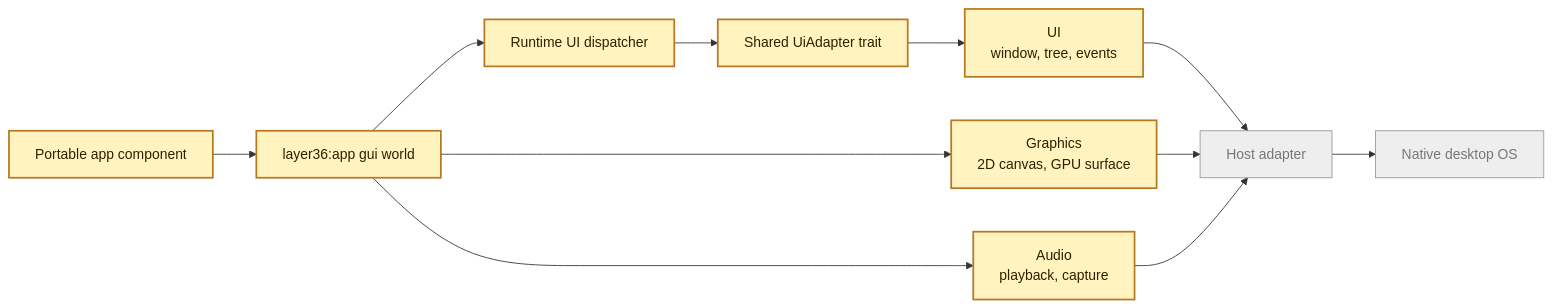
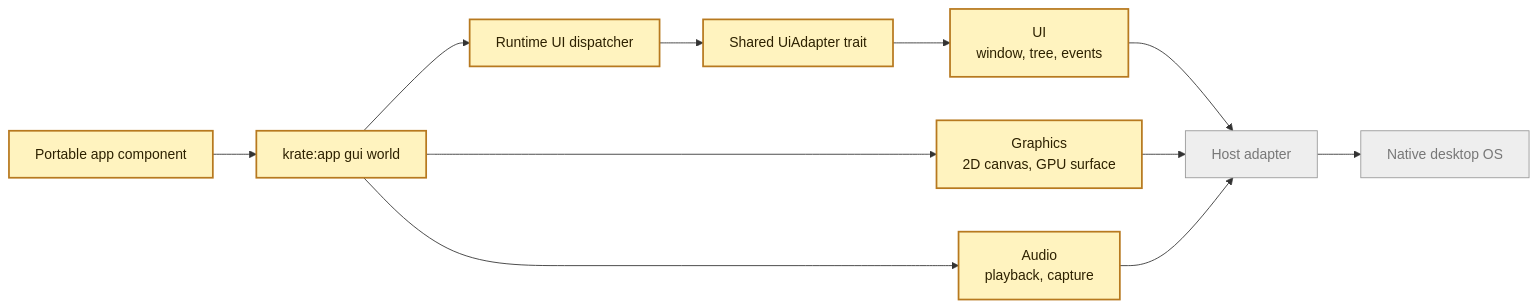
Before and after one commit to incyashraj/krate: the diagram in docs/book/src/phase3/uapi-draft.md, drawn with Mermaid. The commit also changed other lines of this file and 342 other files, not shown here.

First line of the commit message:
feat!: rename Layer36 to Krate across the entire system (A9 Phase B)

````diff
--- a/docs/book/src/phase3/uapi-draft.md
+++ b/docs/book/src/phase3/uapi-draft.md
@@ -11,21 +11,21 @@
 ```mermaid
 flowchart LR
-    APP["Portable app component"] --> GUI["layer36:app gui world"]
+    APP["Portable app component"] --> GUI["krate:app gui world"]
     GUI --> UDISP["Runtime UI dispatcher"]
     UDISP --> ADAPTER["Shared UiAdapter trait"]
     ADAPTER --> UI["UI<br/>window, tree, events"]
     GUI --> GFX["Graphics<br/>2D canvas, GPU surface"]
     GUI --> AUD["Audio<br/>playback, capture"]
     UI --> HOST["Host adapter"]
     GFX --> HOST
     AUD --> HOST
     HOST --> OS["Native desktop OS"]
 
     classDef built fill:#d9fbe3,stroke:#16833a,color:#102a17,stroke-width:2px;
     classDef draft fill:#fff3bf,stroke:#b7791f,color:#2d2100,stroke-width:2px;
     classDef pending fill:#eeeeee,stroke:#999999,color:#777777,stroke-width:1px;
 
     class APP,GUI,UDISP,ADAPTER draft;
     class UI,GFX,AUD draft;
     class HOST,OS pending;
 ```
````
